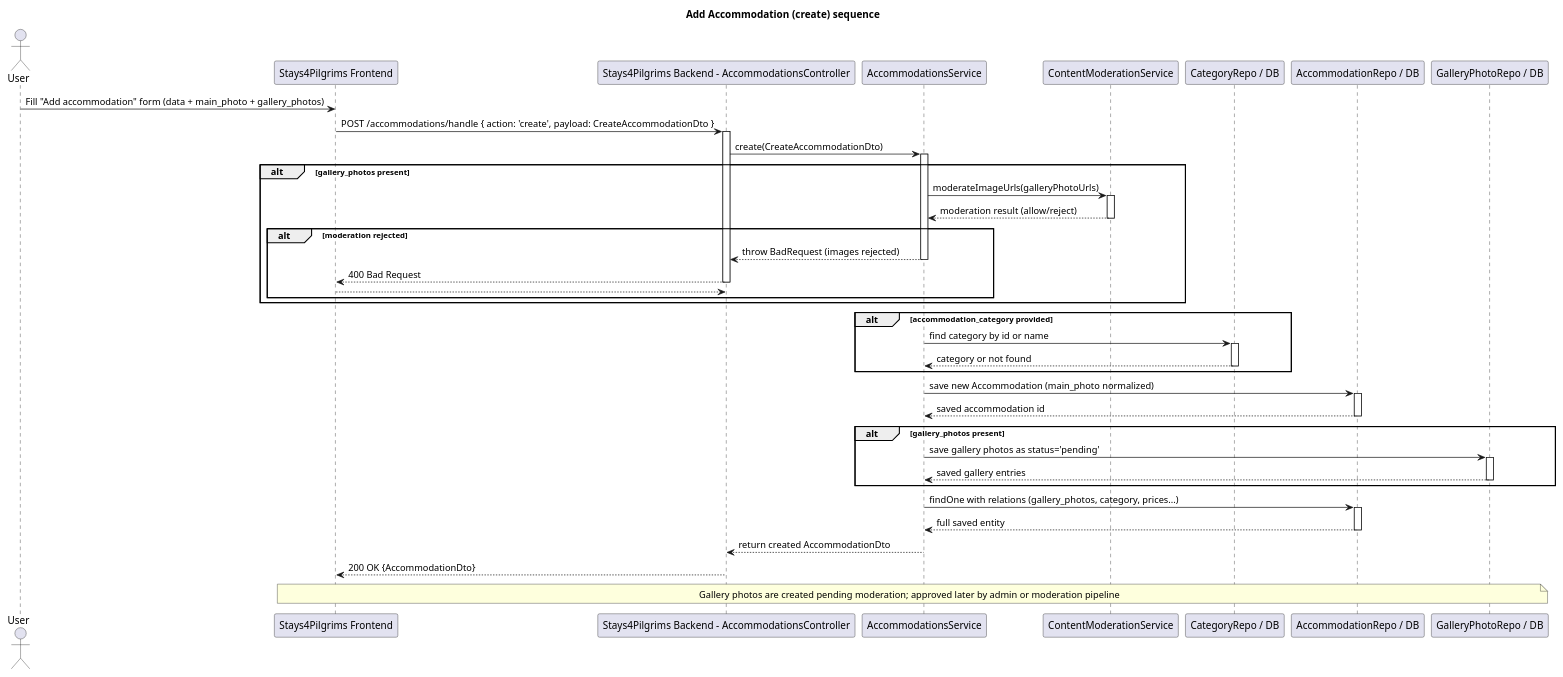
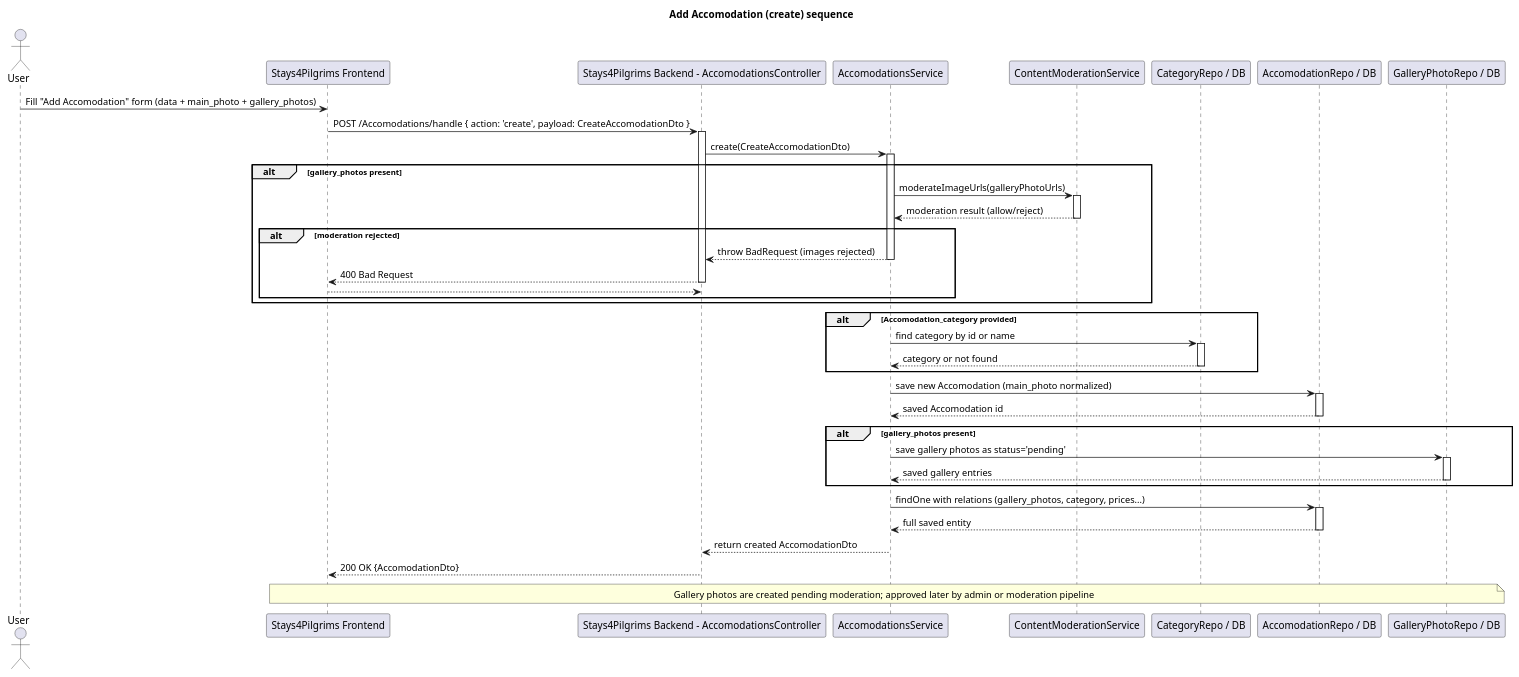
One commit to alegna83/cookbook-be changed the diagram in docs/diagrams/sequence-add-accommodation.puml. Above: the diagram before and after it, drawn with PlantUML. The commit also changed other lines of this file and 27 other files, not shown here.

Commit message:
docs(diagrams): rename accommodation terms and regenerate diagrams

```diff
--- a/docs/diagrams/sequence-add-accommodation.puml
+++ b/docs/diagrams/sequence-add-accommodation.puml
@@ -1,62 +1,62 @@
 @startuml
-title Add Accommodation (create) sequence
+title Add Accomodation (create) sequence
 actor User
 participant "Stays4Pilgrims Frontend" as FE
-participant "Stays4Pilgrims Backend - AccommodationsController" as API
-participant "AccommodationsService" as SVC
+participant "Stays4Pilgrims Backend - AccomodationsController" as API
+participant "AccomodationsService" as SVC
 participant "ContentModerationService" as MOD
 participant "CategoryRepo / DB" as CATDB
-participant "AccommodationRepo / DB" as ADB
+participant "AccomodationRepo / DB" as ADB
 participant "GalleryPhotoRepo / DB" as GDB
 
-User -> FE: Fill "Add accommodation" form (data + main_photo + gallery_photos)
-FE -> API: POST /accommodations/handle { action: 'create', payload: CreateAccommodationDto }
+User -> FE: Fill "Add Accomodation" form (data + main_photo + gallery_photos)
+FE -> API: POST /Accomodations/handle { action: 'create', payload: CreateAccomodationDto }
 activate API
-API -> SVC: create(CreateAccommodationDto)
+API -> SVC: create(CreateAccomodationDto)
 activate SVC
 alt gallery_photos present
   SVC -> MOD: moderateImageUrls(galleryPhotoUrls)
   activate MOD
   MOD --> SVC: moderation result (allow/reject)
   deactivate MOD
   alt moderation rejected
     SVC --> API: throw BadRequest (images rejected)
     deactivate SVC
     API --> FE: 400 Bad Request
     deactivate API
     return
   end
 end
 
-alt accommodation_category provided
+alt Accomodation_category provided
   SVC -> CATDB: find category by id or name
   activate CATDB
   CATDB --> SVC: category or not found
   deactivate CATDB
 end
 
-SVC -> ADB: save new Accommodation (main_photo normalized)
+SVC -> ADB: save new Accomodation (main_photo normalized)
 activate ADB
-ADB --> SVC: saved accommodation id
+ADB --> SVC: saved Accomodation id
 deactivate ADB
 
 alt gallery_photos present
   SVC -> GDB: save gallery photos as status='pending'
   activate GDB
   GDB --> SVC: saved gallery entries
   deactivate GDB
 end
 
 SVC -> ADB: findOne with relations (gallery_photos, category, prices...)
 activate ADB
 ADB --> SVC: full saved entity
 deactivate ADB
 
-SVC --> API: return created AccommodationDto
+SVC --> API: return created AccomodationDto
 deactivate SVC
-API --> FE: 200 OK {AccommodationDto}
+API --> FE: 200 OK {AccomodationDto}
 deactivate API
 
 note over FE,GDB: Gallery photos are created pending moderation; approved later by admin or moderation pipeline
 
 @enduml
```
